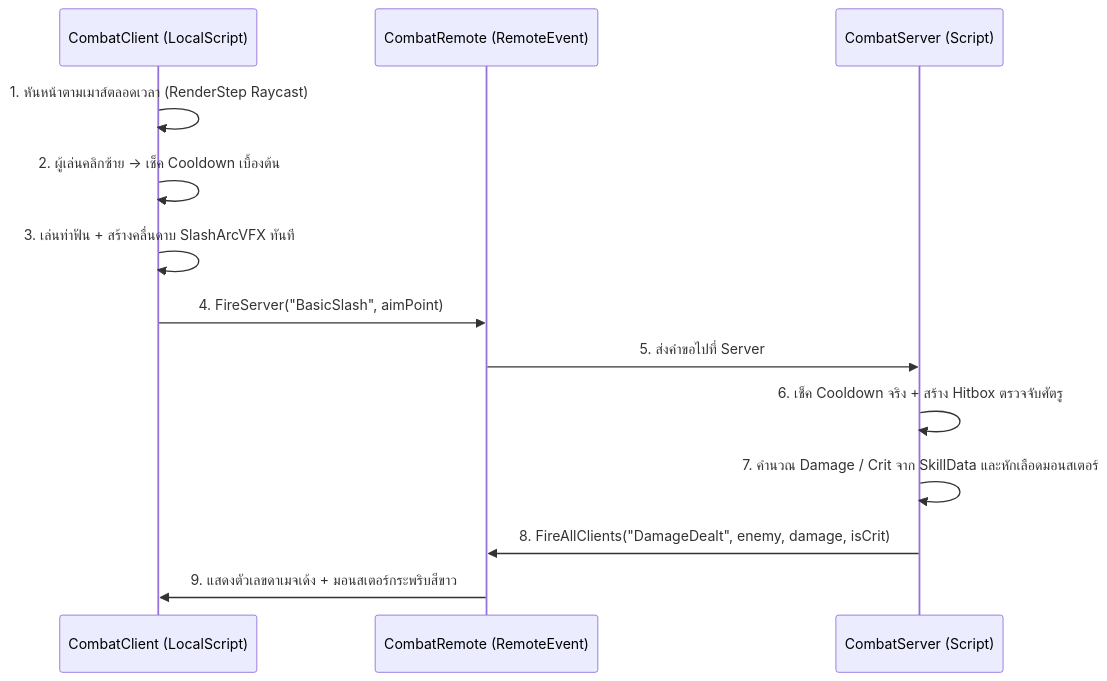
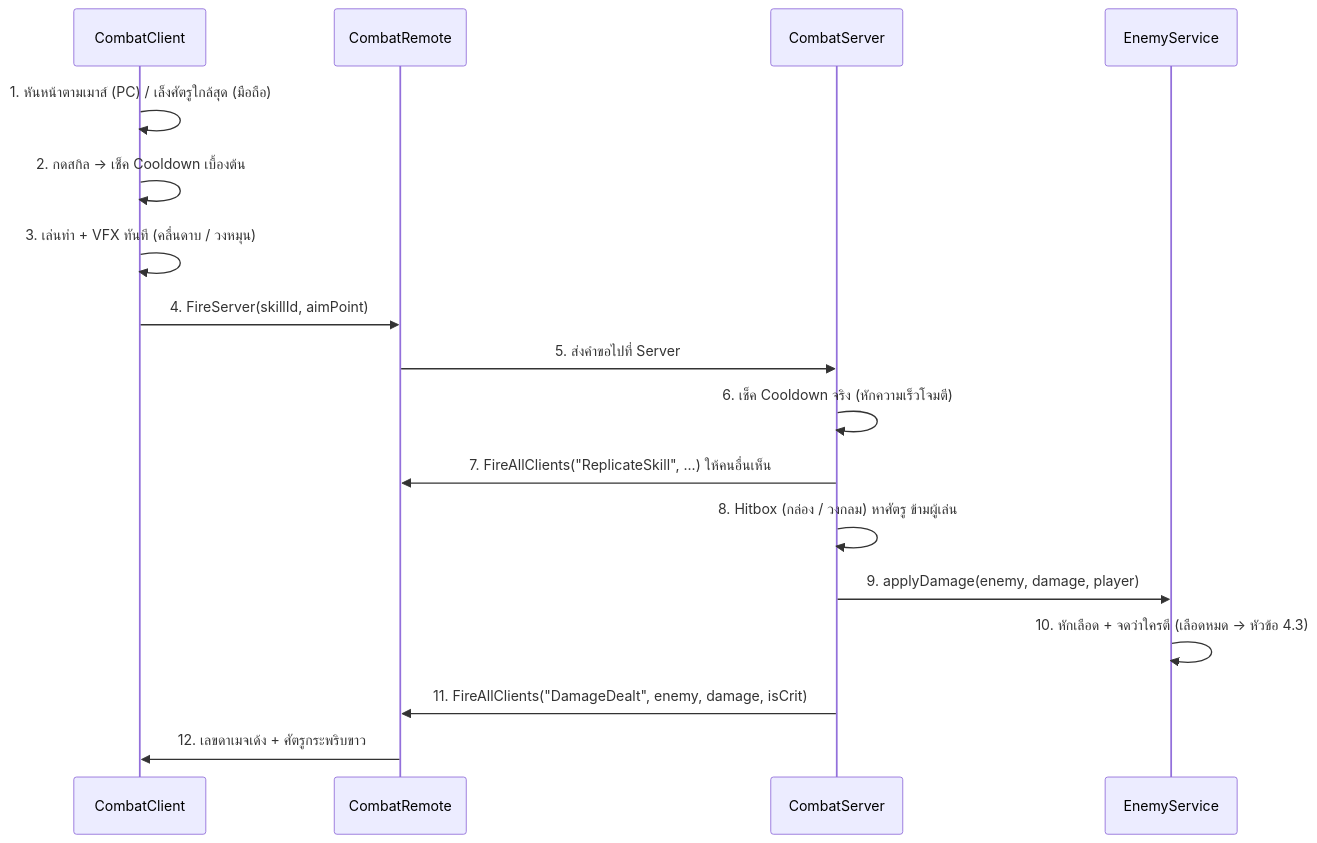
The first of 2 diagrams in ARCHITECTURE.md (Weerapap3006/POE-ROBLOX), drawn with Mermaid before and after one commit. The commit also changed other lines of this file and 19 other files, not shown here.

````diff
--- a/ARCHITECTURE.md
+++ b/ARCHITECTURE.md
@@ -108,16 +230,20 @@
 ```mermaid
 sequenceDiagram
-    participant C as CombatClient (LocalScript)
-    participant R as CombatRemote (RemoteEvent)
-    participant S as CombatServer (Script)
+    participant C as CombatClient
+    participant R as CombatRemote
+    participant S as CombatServer
+    participant E as EnemyService
 
-    C->>C: 1. หันหน้าตามเมาส์ตลอดเวลา (RenderStep Raycast)
-    C->>C: 2. ผู้เล่นคลิกซ้าย -> เช็ค Cooldown เบื้องต้น
-    C->>C: 3. เล่นท่าฟัน + สร้างคลื่นดาบ SlashArcVFX ทันที
-    C->>R: 4. FireServer("BasicSlash", aimPoint)
+    C->>C: 1. หันหน้าตามเมาส์ (PC) / เล็งศัตรูใกล้สุด (มือถือ)
+    C->>C: 2. กดสกิล -> เช็ค Cooldown เบื้องต้น
+    C->>C: 3. เล่นท่า + VFX ทันที (คลื่นดาบ / วงหมุน)
+    C->>R: 4. FireServer(skillId, aimPoint)
     R->>S: 5. ส่งคำขอไปที่ Server
-    S->>S: 6. เช็ค Cooldown จริง + สร้าง Hitbox ตรวจจับศัตรู
-    S->>S: 7. คำนวณ Damage / Crit จาก SkillData และหักเลือดมอนสเตอร์
-    S->>R: 8. FireAllClients("DamageDealt", enemy, damage, isCrit)
-    R->>C: 9. แสดงตัวเลขดาเมจเด้ง + มอนสเตอร์กระพริบสีขาว
+    S->>S: 6. เช็ค Cooldown จริง (หักความเร็วโจมตี)
+    S->>R: 7. FireAllClients("ReplicateSkill", ...) ให้คนอื่นเห็น
+    S->>S: 8. Hitbox (กล่อง / วงกลม) หาศัตรู ข้ามผู้เล่น
+    S->>E: 9. applyDamage(enemy, damage, player)
+    E->>E: 10. หักเลือด + จดว่าใครตี (เลือดหมด -> หัวข้อ 4.3)
+    S->>R: 11. FireAllClients("DamageDealt", enemy, damage, isCrit)
+    R->>C: 12. เลขดาเมจเด้ง + ศัตรูกระพริบขาว
 ```
````
